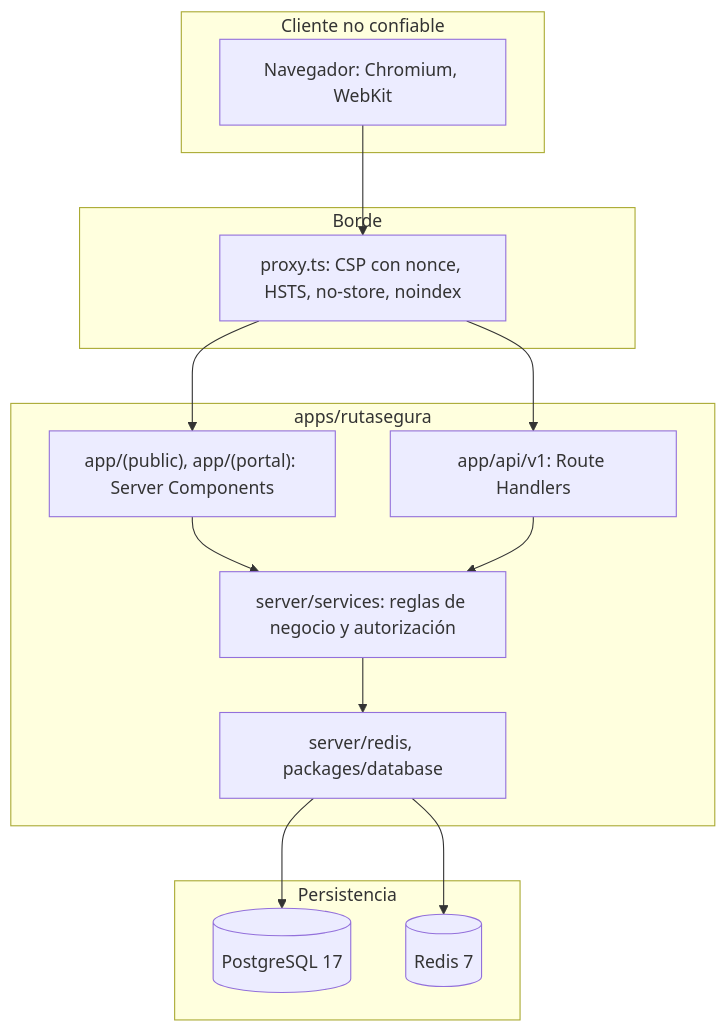
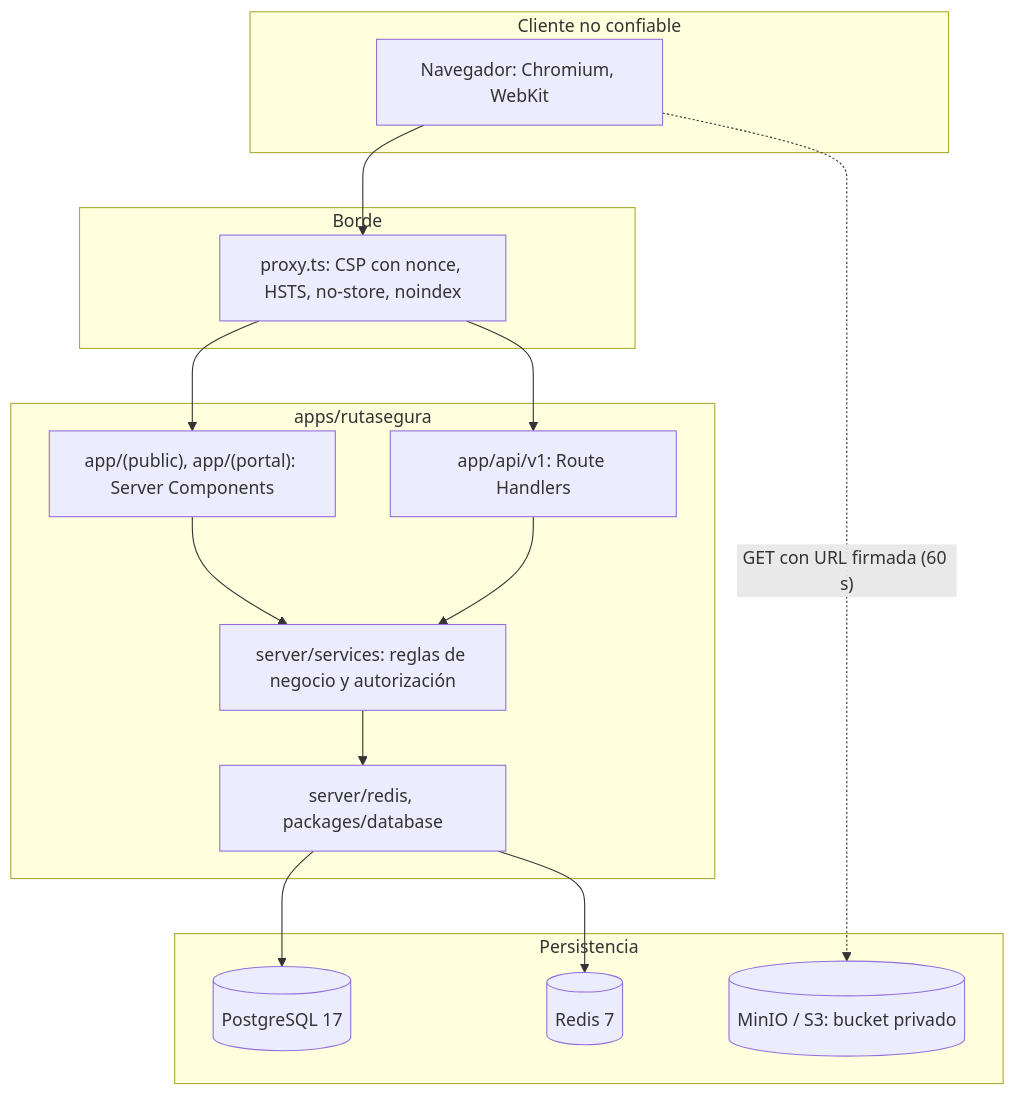
Before and after one commit to julianmeoficial/RutaSegura: the diagram in docs/arquitectura.md, drawn with Mermaid. The commit also changed other lines of this file and 116 other files, not shown here.

````diff
--- a/docs/arquitectura.md
+++ b/docs/arquitectura.md
@@ -9,31 +9,33 @@
 ```mermaid
 flowchart TB
     subgraph cliente [Cliente no confiable]
         nav["Navegador: Chromium, WebKit"]
     end
 
     subgraph borde [Borde]
         proxy["proxy.ts: CSP con nonce, HSTS, no-store, noindex"]
     end
 
     subgraph app [apps/rutasegura]
         paginas["app/(public), app/(portal): Server Components"]
         rutas["app/api/v1: Route Handlers"]
         servicios["server/services: reglas de negocio y autorización"]
         infra["server/redis, packages/database"]
     end
 
     subgraph datos [Persistencia]
         pg[("PostgreSQL 17")]
         rd[("Redis 7")]
+        s3[("MinIO / S3: bucket privado")]
     end
 
     nav --> proxy
     proxy --> paginas
     proxy --> rutas
     paginas --> servicios
     rutas --> servicios
     servicios --> infra
     infra --> pg
     infra --> rd
+    nav -. "GET con URL firmada (60 s)" .-> s3
 ```
````
